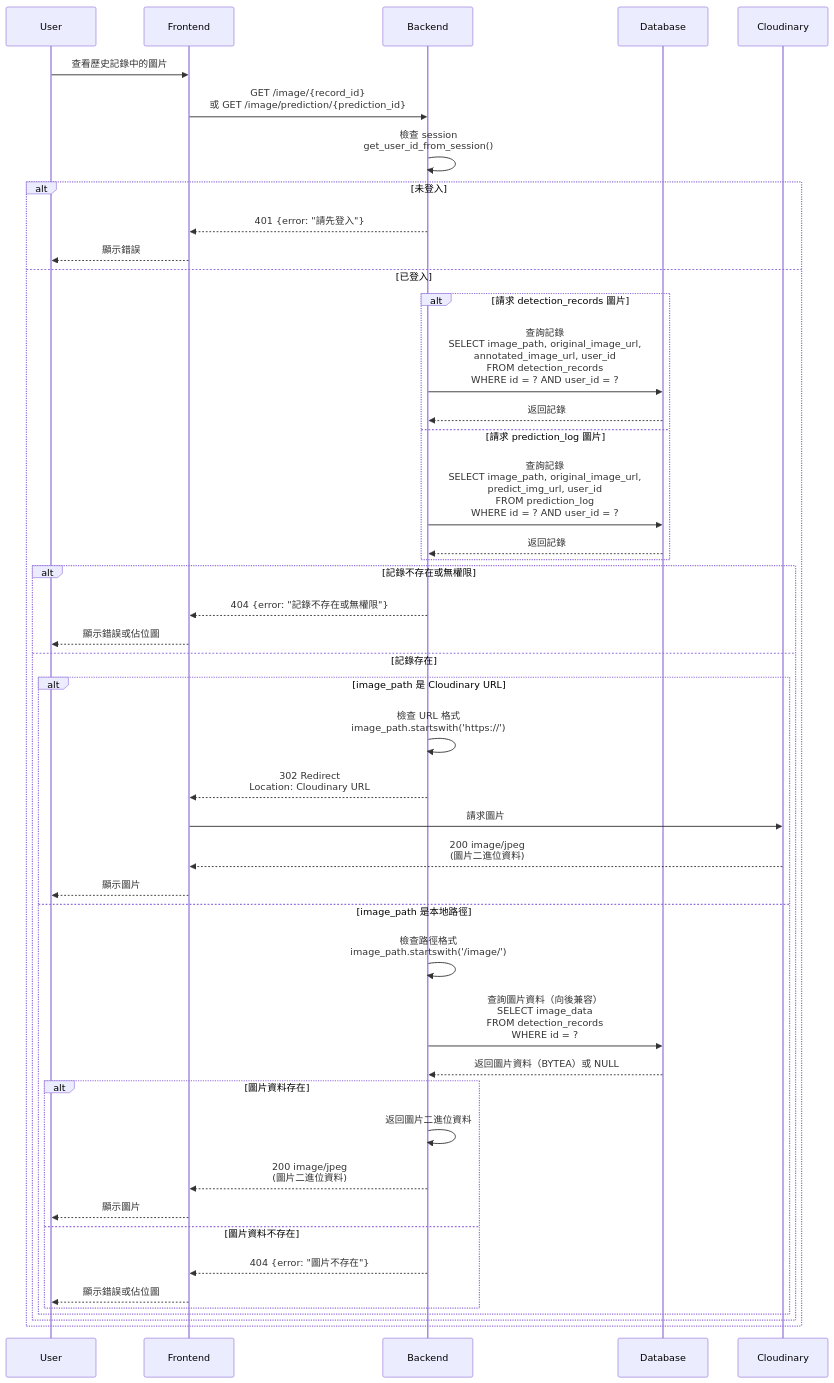
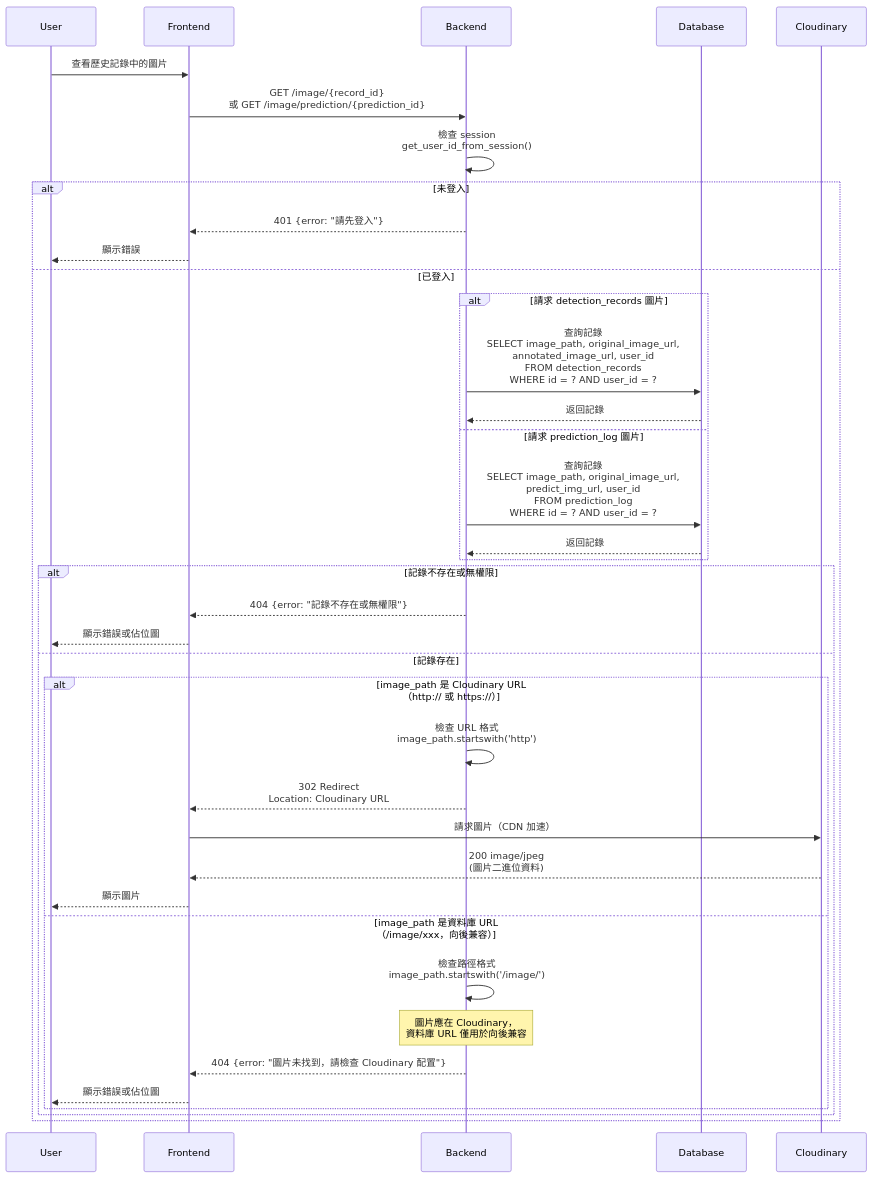
Before and after one commit to szweijin/Leaf_Disease_AI: the eighth of 12 diagrams in docs/sequences_diagram.md, drawn with Mermaid. The commit also changed other lines of this file and 13 other files, not shown here.

````diff
--- a/docs/sequences_diagram.md
+++ b/docs/sequences_diagram.md
@@ -313,52 +474,44 @@
 ```mermaid
 sequenceDiagram
     participant User
     participant Frontend
     participant Backend
     participant Database
     participant Cloudinary
 
     User->>Frontend: 查看歷史記錄中的圖片
     Frontend->>Backend: GET /image/{record_id}<br/>或 GET /image/prediction/{prediction_id}
 
     Backend->>Backend: 檢查 session<br/>get_user_id_from_session()
 
     alt 未登入
         Backend-->>Frontend: 401 {error: "請先登入"}
         Frontend-->>User: 顯示錯誤
     else 已登入
         alt 請求 detection_records 圖片
             Backend->>Database: 查詢記錄<br/>SELECT image_path, original_image_url,<br/>annotated_image_url, user_id<br/>FROM detection_records<br/>WHERE id = ? AND user_id = ?
             Database-->>Backend: 返回記錄
         else 請求 prediction_log 圖片
             Backend->>Database: 查詢記錄<br/>SELECT image_path, original_image_url,<br/>predict_img_url, user_id<br/>FROM prediction_log<br/>WHERE id = ? AND user_id = ?
             Database-->>Backend: 返回記錄
         end
 
         alt 記錄不存在或無權限
             Backend-->>Frontend: 404 {error: "記錄不存在或無權限"}
             Frontend-->>User: 顯示錯誤或佔位圖
         else 記錄存在
-            alt image_path 是 Cloudinary URL
-                Backend->>Backend: 檢查 URL 格式<br/>image_path.startswith('https://')
+            alt image_path 是 Cloudinary URL<br/>（http:// 或 https://）
+                Backend->>Backend: 檢查 URL 格式<br/>image_path.startswith('http')
                 Backend-->>Frontend: 302 Redirect<br/>Location: Cloudinary URL
-                Frontend->>Cloudinary: 請求圖片
+                Frontend->>Cloudinary: 請求圖片（CDN 加速）
                 Cloudinary-->>Frontend: 200 image/jpeg<br/>(圖片二進位資料)
                 Frontend-->>User: 顯示圖片
-            else image_path 是本地路徑
+            else image_path 是資料庫 URL<br/>（/image/xxx，向後兼容）
                 Backend->>Backend: 檢查路徑格式<br/>image_path.startswith('/image/')
-                Backend->>Database: 查詢圖片資料（向後兼容）<br/>SELECT image_data<br/>FROM detection_records<br/>WHERE id = ?
-                Database-->>Backend: 返回圖片資料（BYTEA）或 NULL
-
-                alt 圖片資料存在
-                    Backend->>Backend: 返回圖片二進位資料
-                    Backend-->>Frontend: 200 image/jpeg<br/>(圖片二進位資料)
-                    Frontend-->>User: 顯示圖片
-                else 圖片資料不存在
-                    Backend-->>Frontend: 404 {error: "圖片不存在"}
-                    Frontend-->>User: 顯示錯誤或佔位圖
-                end
+                Note over Backend: 圖片應在 Cloudinary，<br/>資料庫 URL 僅用於向後兼容
+                Backend-->>Frontend: 404 {error: "圖片未找到，請檢查 Cloudinary 配置"}
+                Frontend-->>User: 顯示錯誤或佔位圖
             end
         end
     end
 ```
````
